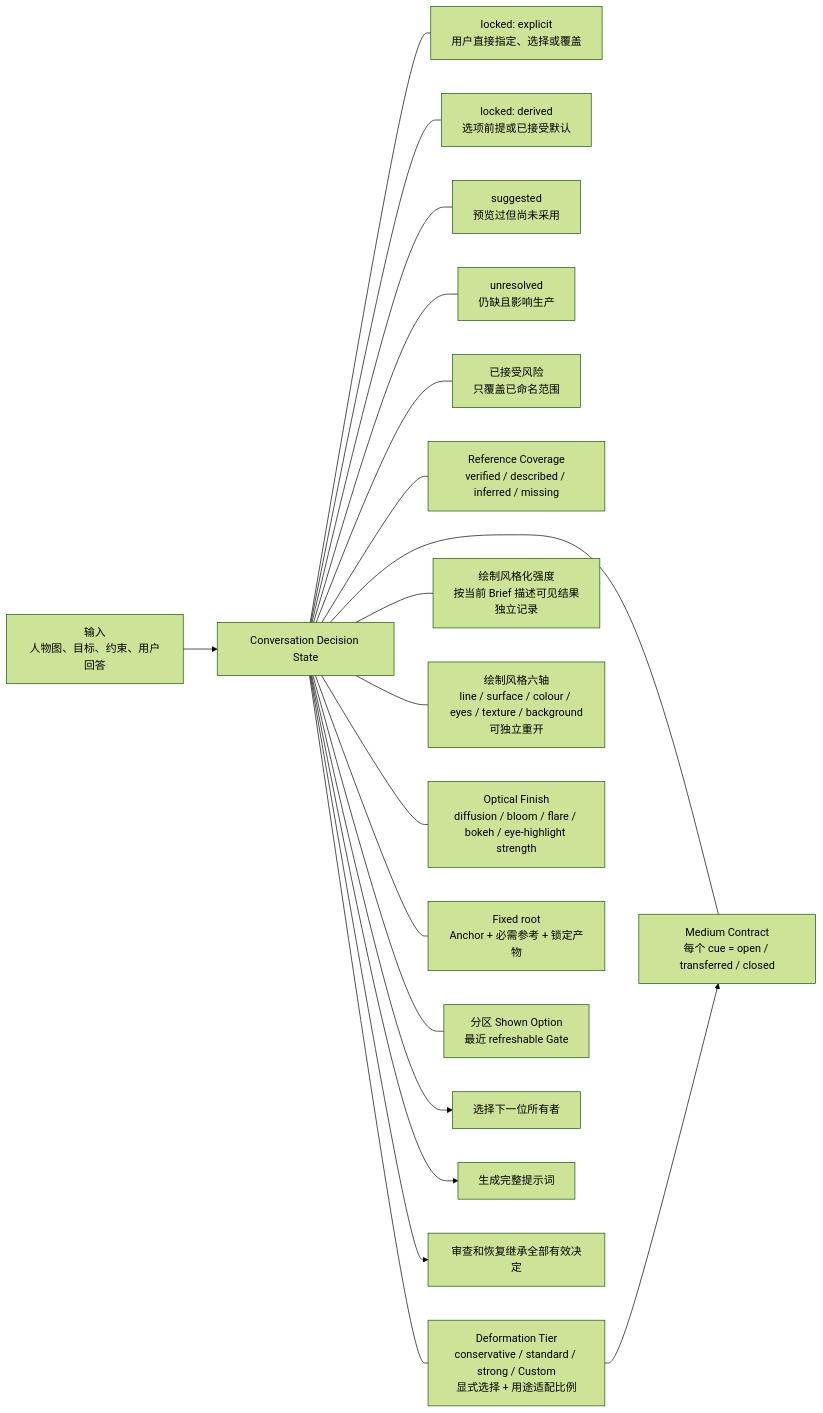
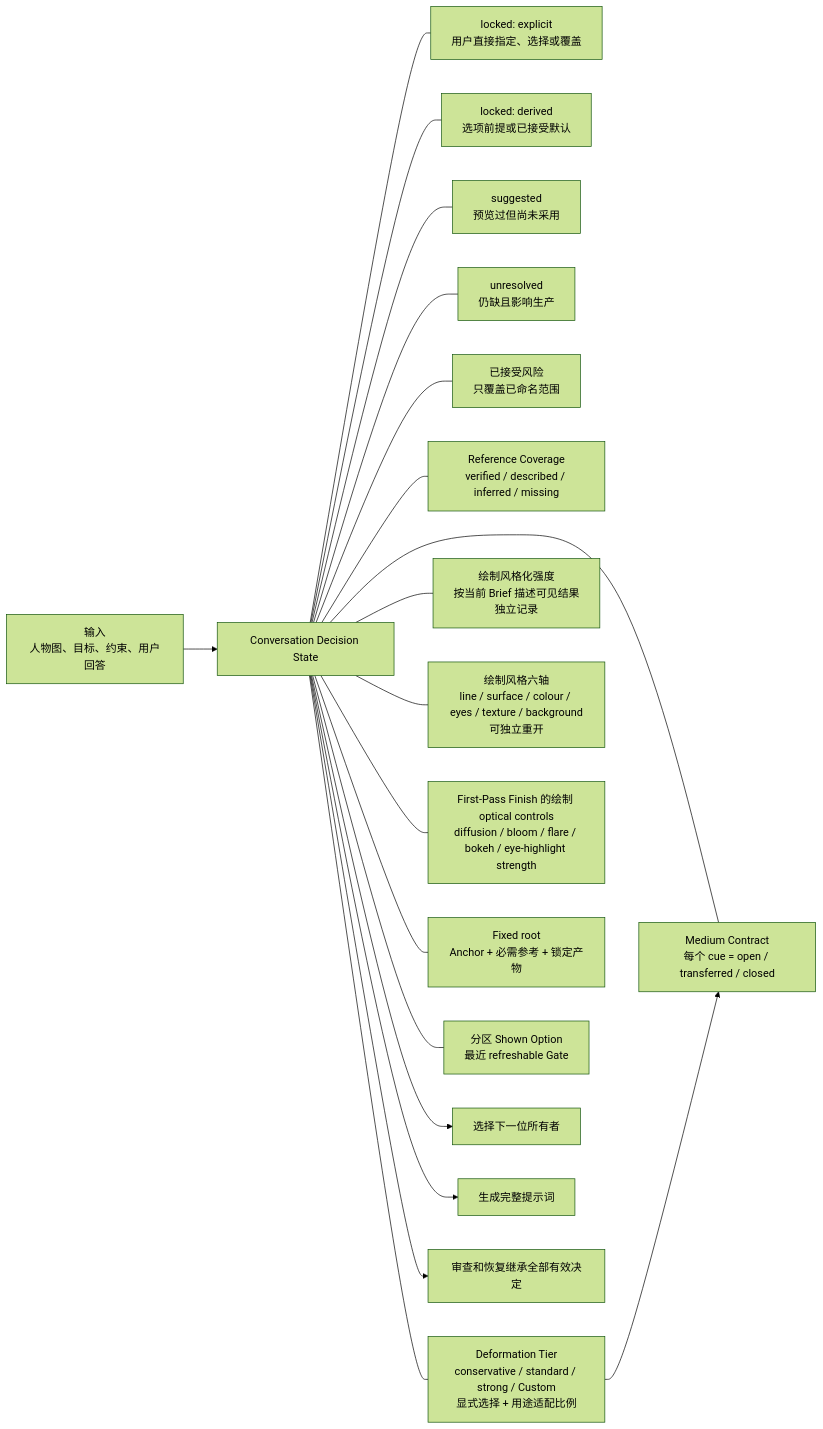
One commit to cyaoc/cast-me changed the third of 13 diagrams in docs/architecture.md. Above: the diagram before and after it, drawn with Mermaid (forest theme). The commit also changed other lines of this file and 2 other files, not shown here.

Commit message:
fix: preserve first-pass finish ownership

````diff
--- a/docs/architecture.md
+++ b/docs/architecture.md
@@ -140,23 +140,23 @@
 ```mermaid
 flowchart LR
     INPUT["输入<br/>人物图、目标、约束、用户回答"] --> STATE["Conversation Decision State"]
 
     STATE --- E["locked: explicit<br/>用户直接指定、选择或覆盖"]
     STATE --- D["locked: derived<br/>选项前提或已接受默认"]
     STATE --- S["suggested<br/>预览过但尚未采用"]
     STATE --- U["unresolved<br/>仍缺且影响生产"]
     STATE --- RISK["已接受风险<br/>只覆盖已命名范围"]
     STATE --- COVER["Reference Coverage<br/>verified / described / inferred / missing"]
     STATE --- TIER["Deformation Tier<br/>conservative / standard / strong / Custom<br/>显式选择 + 用途适配比例"]
     STATE --- INTENSITY["绘制风格化强度<br/>按当前 Brief 描述可见结果<br/>独立记录"]
     STATE --- AXES["绘制风格六轴<br/>line / surface / colour / eyes / texture / background<br/>可独立重开"]
-    STATE --- OPTICAL["Optical Finish<br/>diffusion / bloom / flare / bokeh / eye-highlight strength"]
+    STATE --- OPTICAL["First-Pass Finish 的绘制 optical controls<br/>diffusion / bloom / flare / bokeh / eye-highlight strength"]
     STATE --- MEDIUM["Medium Contract<br/>每个 cue = open / transferred / closed"]
     STATE --- ROOT["Fixed root<br/>Anchor + 必需参考 + 锁定产物"]
     STATE --- HIST["分区 Shown Option<br/>最近 refreshable Gate"]
 
     STATE --> ROUTE["选择下一位所有者"]
     STATE --> PROMPT["生成完整提示词"]
     STATE --> REVIEW["审查和恢复继承全部有效决定"]
     TIER --> MEDIUM
 ```
````
